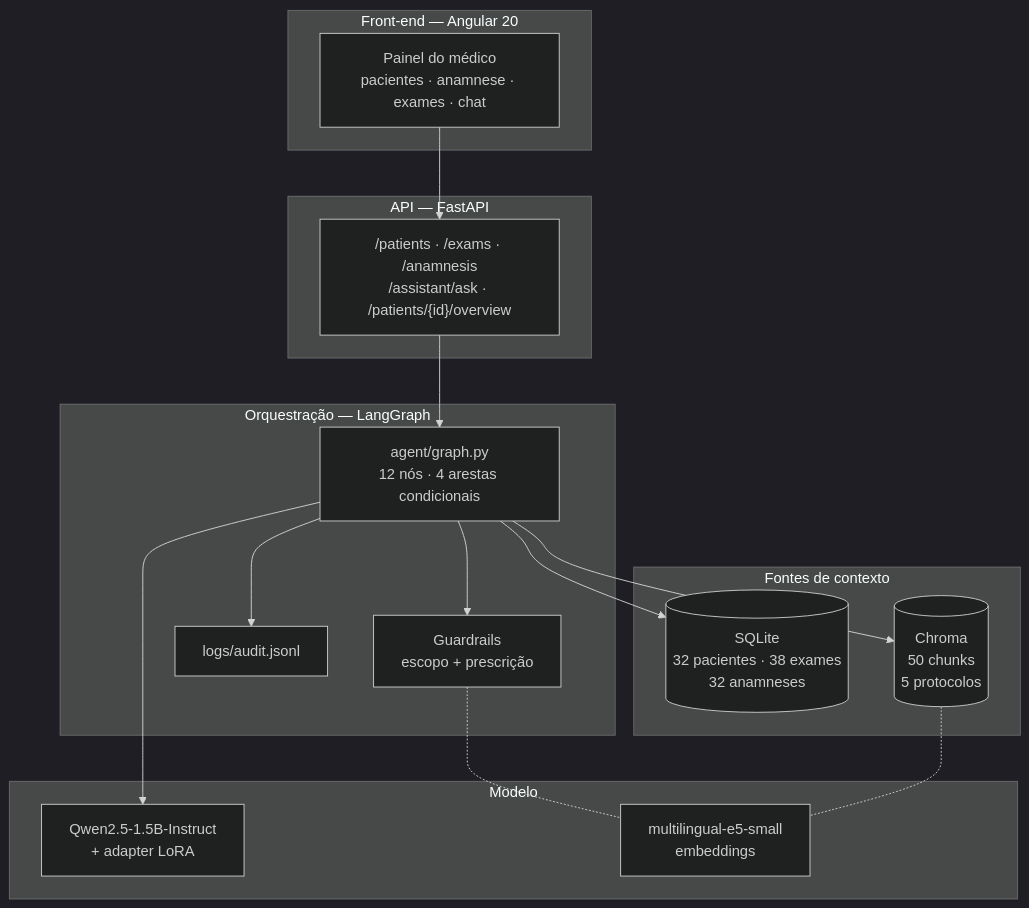
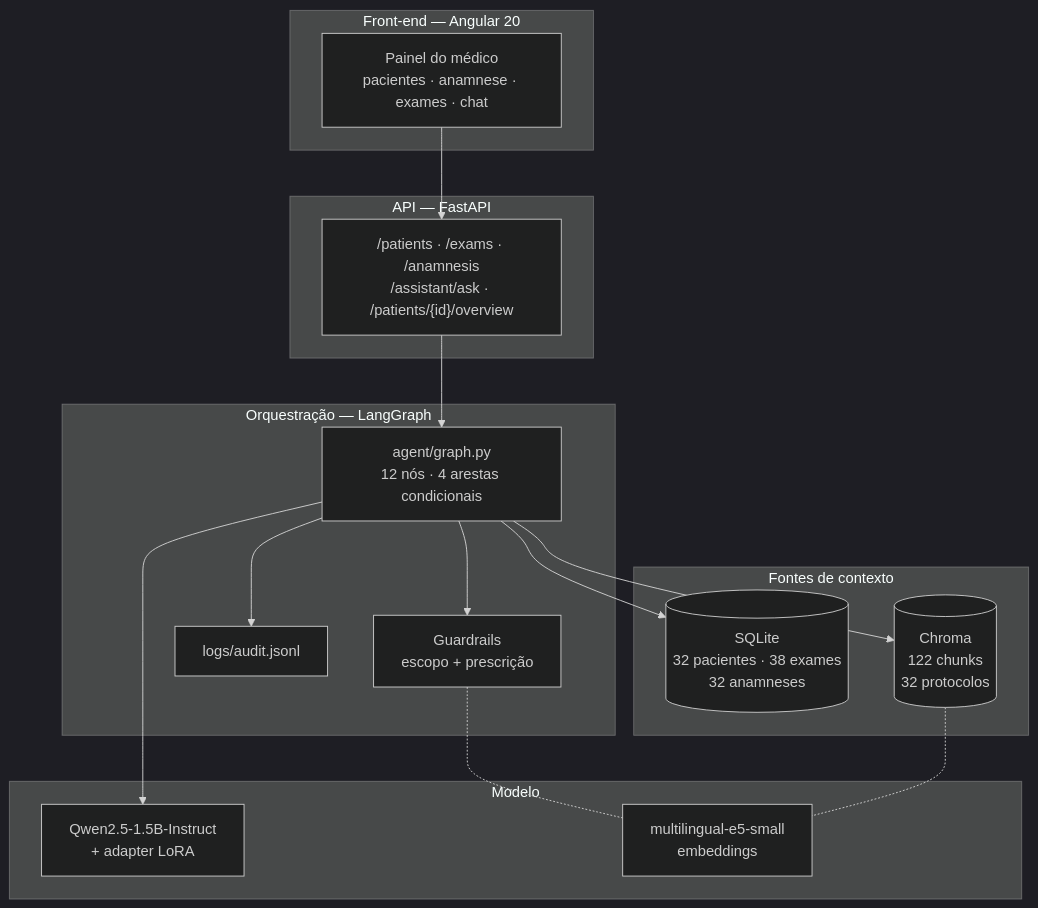
One commit to bschoola/AI-TechChallenge-Step3 changed the second of 5 diagrams in RELATORIO_TECNICO.md. Above: the diagram before and after it, drawn with Mermaid (dark theme). The commit also changed other lines of this file and 137 other files, not shown here.

````diff
--- a/RELATORIO_TECNICO.md
+++ b/RELATORIO_TECNICO.md
@@ -171,35 +174,35 @@
 ```mermaid
 flowchart TB
     subgraph FE["Front-end — Angular 20"]
         UI["Painel do médico<br/>pacientes · anamnese · exames · chat"]
     end
 
     subgraph API["API — FastAPI"]
         EP["/patients · /exams · /anamnesis<br/>/assistant/ask · /patients/{id}/overview"]
     end
 
     subgraph AGENT["Orquestração — LangGraph"]
         G["agent/graph.py<br/>12 nós · 4 arestas condicionais"]
         GD["Guardrails<br/>escopo + prescrição"]
         LOG["logs/audit.jsonl"]
     end
 
     subgraph DATA["Fontes de contexto"]
         DB[("SQLite<br/>32 pacientes · 38 exames<br/>32 anamneses")]
-        CH[("Chroma<br/>50 chunks<br/>5 protocolos")]
+        CH[("Chroma<br/>122 chunks<br/>32 protocolos")]
     end
 
     subgraph MODEL["Modelo"]
         LLM["Qwen2.5-1.5B-Instruct<br/>+ adapter LoRA"]
         EMB["multilingual-e5-small<br/>embeddings"]
     end
 
     UI --> EP --> G
     G --> DB
     G --> CH
     G --> LLM
     G --> GD
     G --> LOG
     CH -.- EMB
     GD -.- EMB
 ```
````
